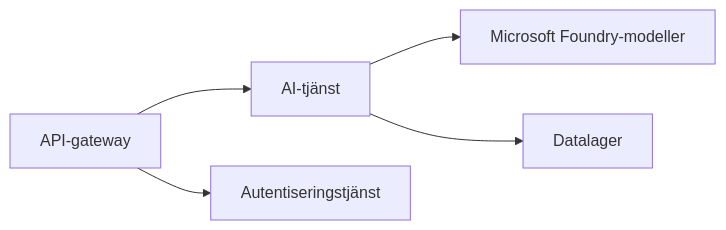
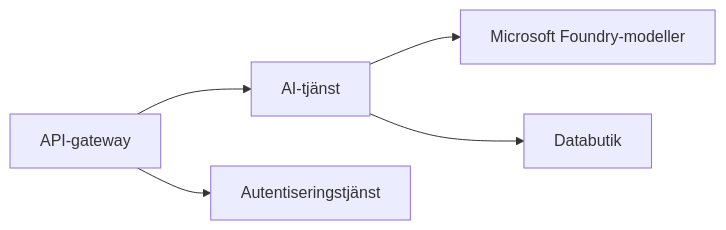
Before and after one commit to microsoft/AZD-for-beginners: the first of 2 diagrams in translations/sv/docs/chapter-08-production/README.md, drawn with Mermaid. The commit also changed other lines of this file and 3 other files, not shown here.

````diff
--- a/translations/sv/docs/chapter-08-production/README.md
+++ b/translations/sv/docs/chapter-08-production/README.md
@@ -48,6 +48,6 @@
 ```mermaid
 graph LR
     Gateway[API-gateway] --> AI[AI-tjänst] --> Models[Microsoft Foundry-modeller]
     Gateway --> Auth[Autentiseringstjänst]
-    AI --> Data[Datalager]
+    AI --> Data[Databutik]
 ```
````
